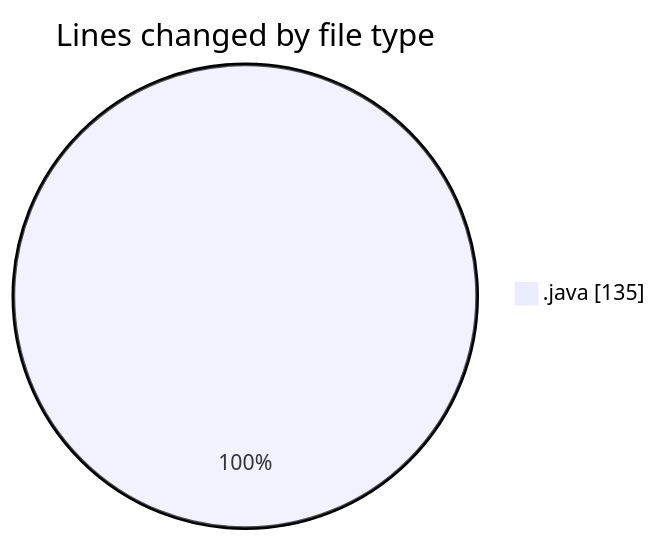
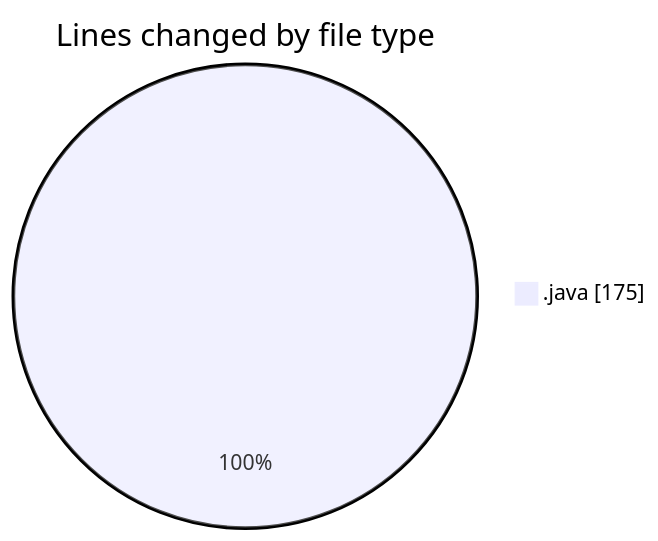
One commit to NitaiMahat/code-tracking changed the first of 2 diagrams in 2025-04-28/startfiles__5_/README.md. Above: the diagram before and after it, drawn with Mermaid. The commit also changed other lines of this file and 1 other file, not shown here.

````diff
--- a/2025-04-28/startfiles__5_/README.md
+++ b/2025-04-28/startfiles__5_/README.md
@@ -20,5 +21,5 @@
 ```mermaid
 pie showData
 title Lines changed by file type
-".java" : 135
+".java" : 175
 ```
````
